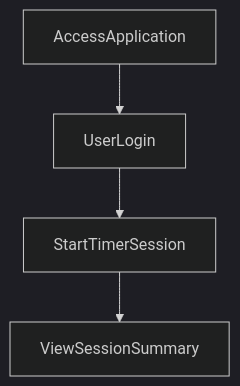
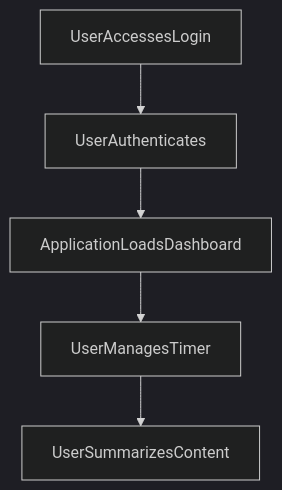
Before and after one commit to yogithasivakumar/FocusZen: the second of 2 diagrams in README.md, drawn with Mermaid (dark theme). The commit also changed other lines of this file, not shown here.

````diff
--- a/README.md
+++ b/README.md
@@ -23,6 +22,7 @@
 ```mermaid
 flowchart TD
-    AccessApplication --> UserLogin
-    UserLogin --> StartTimerSession
-    StartTimerSession --> ViewSessionSummary
+    UserAccessesLogin --> UserAuthenticates
+    UserAuthenticates --> ApplicationLoadsDashboard
+    ApplicationLoadsDashboard --> UserManagesTimer
+    UserManagesTimer --> UserSummarizesContent
 ```
````
